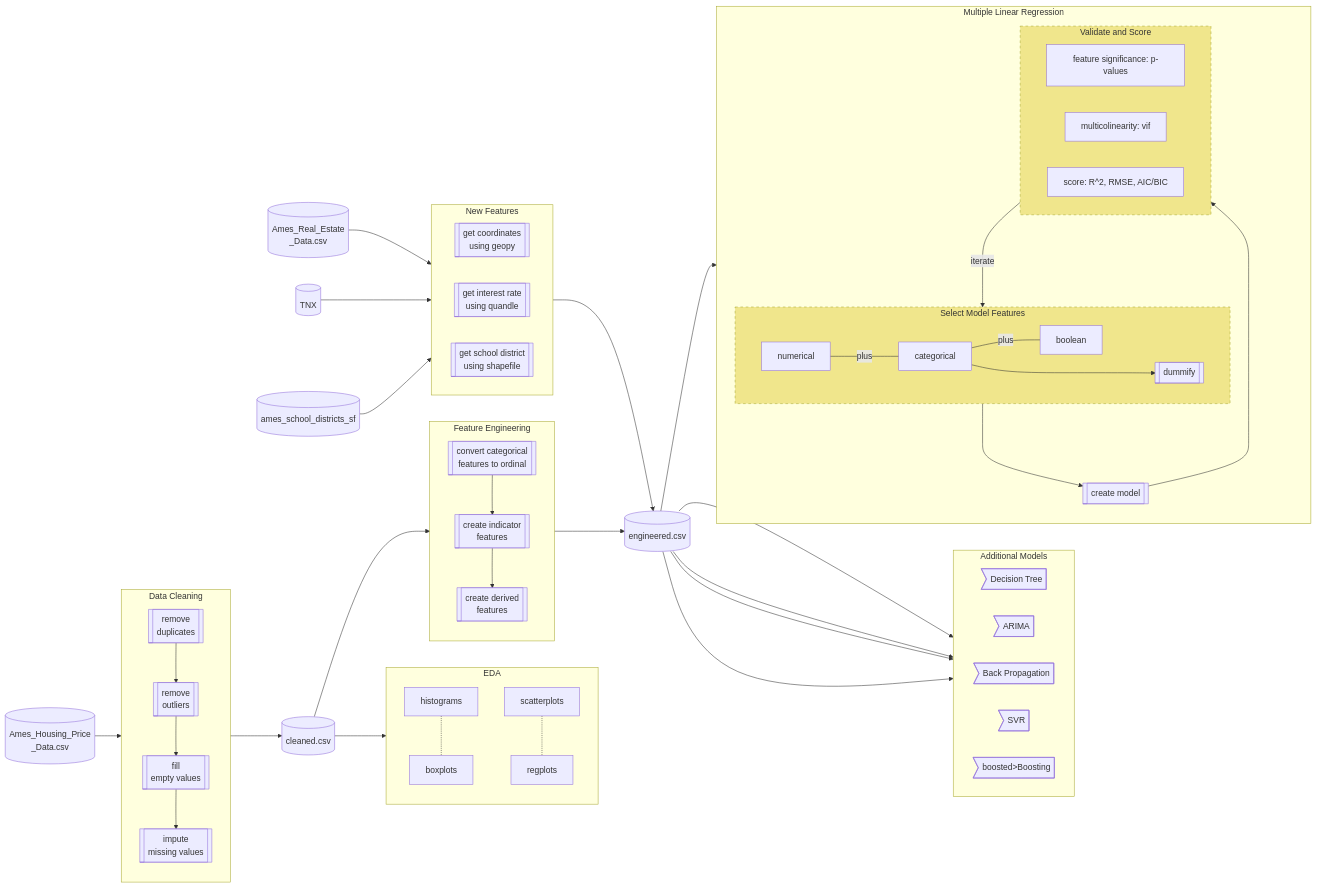
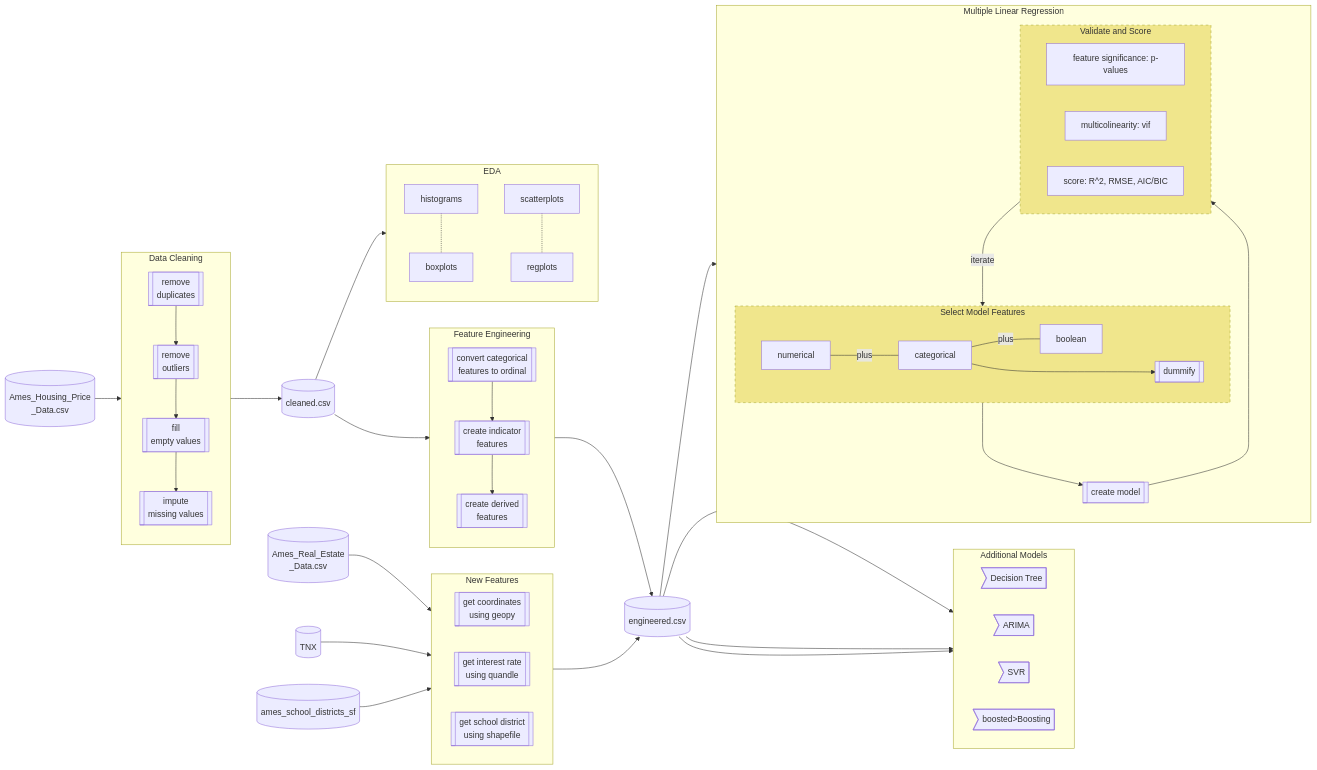
The diagram in project-management/process.md (rishigoutam/ames-iowa), drawn with Mermaid before and after one commit.

````diff
--- a/project-management/process.md
+++ b/project-management/process.md
@@ -5,8 +5,8 @@
 ```mermaid
 flowchart LR
-    d_r[(Ames_Real_Estate\n_Data.csv)]-->geo
-    d_TNX[(TNX)]-->geo
-    d_shapefile[(ames_school_districts_sf)]-->geo
+    d_r[(Ames_Real_Estate\n_Data.csv)]-->geopy
+    d_TNX[(TNX)]-->tnx
+    d_shapefile[(ames_school_districts_sf)]-->districts
     
     subgraph geo [New Features <various R/python>]
         direction LR
@@ -73,7 +73,6 @@
         direction LR
         decision_tree>Decision Tree]
         arima>ARIMA]
-        backprop>Back Propagation]
         svr>SVR]
         
         decision_tree.->random_forest>Random Forest]
@@ -84,6 +83,5 @@
     d_e-->lin_regression
     d_e-->decision_tree
     d_e-->arima
-    d_e-->backprop
     d_e-->svr
 ```
````
